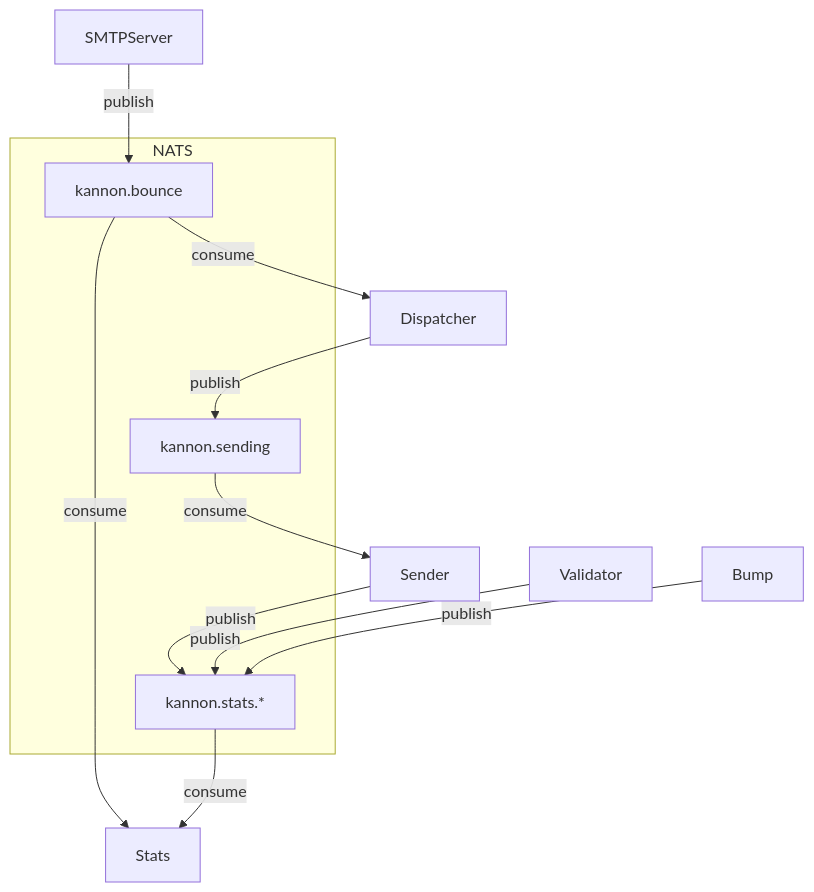
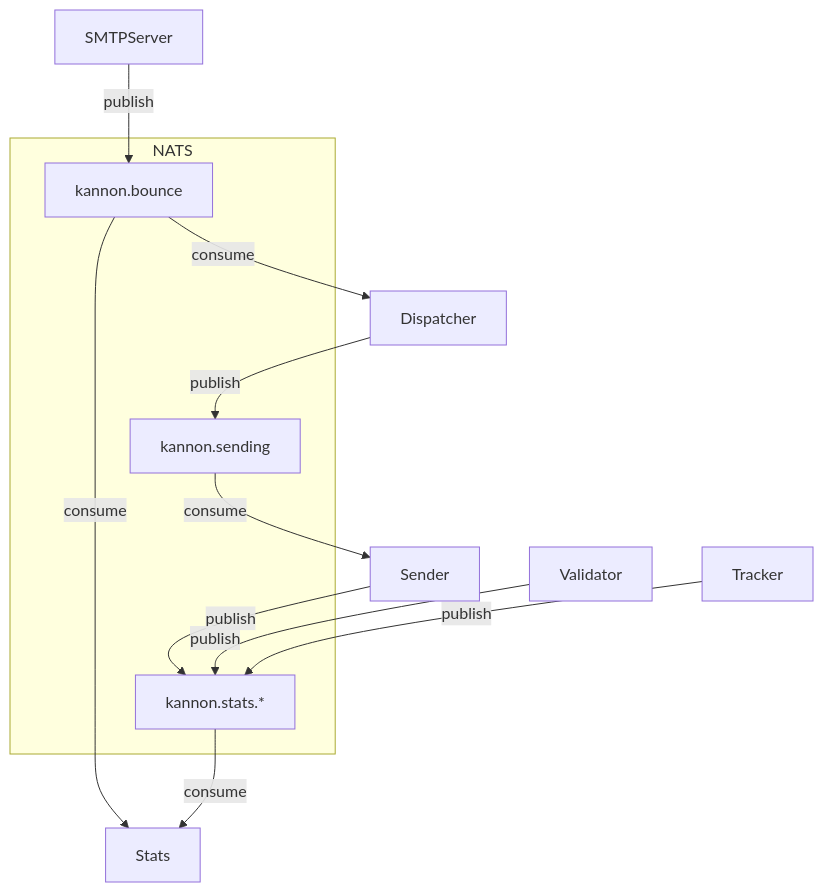
One commit to kannon-email/kannon changed the first of 2 diagrams in ARCHITECTURE.md. Above: the diagram before and after it, drawn with Mermaid. The commit also changed other lines of this file and 8 other files, not shown here.

First line of the commit message:
refactor: rename pkg/bump to pkg/tracker (#325)

````diff
--- a/ARCHITECTURE.md
+++ b/ARCHITECTURE.md
@@ -196,17 +196,17 @@
 ```mermaid
 flowchart TD
     subgraph NATS
         SENDING["kannon.sending"]
         STATS["kannon.stats.*"]
         BOUNCE["kannon.bounce"]
     end
     Dispatcher -- "publish" --> SENDING
     SENDING -- "consume" --> Sender
     Sender -- "publish" --> STATS
     Validator -- "publish" --> STATS
-    Bump -- "publish" --> STATS
+    Tracker -- "publish" --> STATS
     SMTPServer -- "publish" --> BOUNCE
     BOUNCE -- "consume" --> Dispatcher
     BOUNCE -- "consume" --> Stats
     STATS -- "consume" --> Stats
 ```
````
